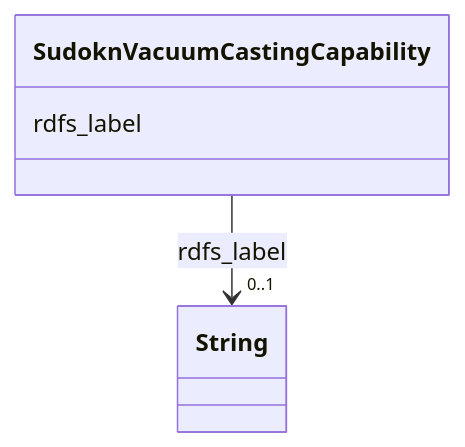
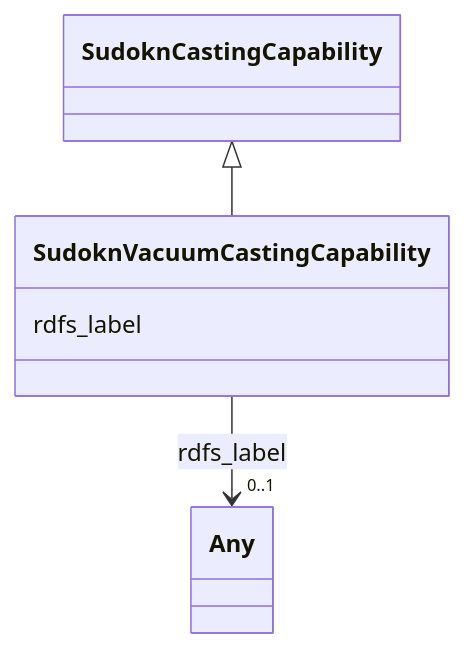
Before and after one commit to frink-okn/graph-descriptions: the diagram in sudokn-kg/classes/SudoknVacuumCastingCapability.md, drawn with Mermaid. The commit also changed other lines of this file and 903 other files, not shown here.

````diff
--- a/sudokn-kg/classes/SudoknVacuumCastingCapability.md
+++ b/sudokn-kg/classes/SudoknVacuumCastingCapability.md
@@ -23,15 +18,18 @@
 ```mermaid
  classDiagram
     class SudoknVacuumCastingCapability
     click SudoknVacuumCastingCapability href "../SudoknVacuumCastingCapability"
+      SudoknCastingCapability <|-- SudoknVacuumCastingCapability
+        click SudoknCastingCapability href "../SudoknCastingCapability"
+      
       SudoknVacuumCastingCapability : rdfs_label
         
           
     
     
-    SudoknVacuumCastingCapability --> "0..1" String : rdfs_label
-    click String href "../String"
+    SudoknVacuumCastingCapability --> "0..1" Any : rdfs_label
+    click Any href "../Any"
 
         
       
 ```
````
